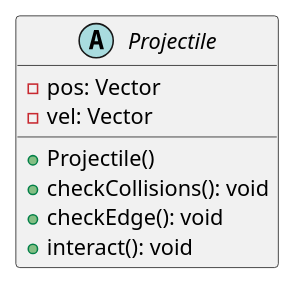
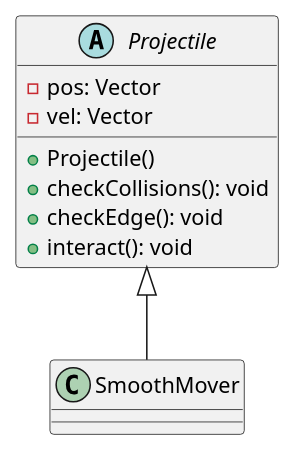
The diagram in UML/Projectile.puml (eli-wood-dev/Roads-of-Rage), drawn with PlantUML before and after one commit. The commit also changed 4 other files, not shown here.

```diff
--- a/UML/Projectile.puml
+++ b/UML/Projectile.puml
@@ -1,12 +1,15 @@
 @startuml
 
 abstract class Projectile
+class SmoothMover
+
+Projectile <|-- SmoothMover
 
 Projectile : -pos: Vector
 Projectile : -vel: Vector
 Projectile : +Projectile()
 Projectile : +checkCollisions(): void
 Projectile : +checkEdge(): void
 Projectile : +interact(): void
 
 @enduml
```
